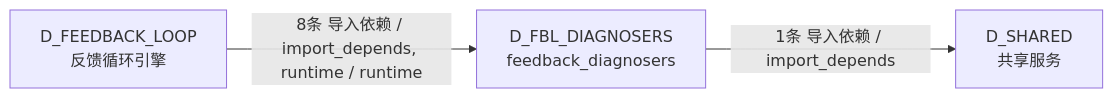
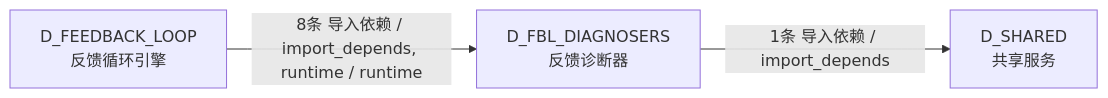
One commit to xuanFelixVan/ZephyrAlpha changed the sixth of 6 diagrams in docs/02_enterprise_architecture/02_domain_architecture_docs/12_d_fbl_diagnosers.md. Above: the diagram before and after it, drawn with Mermaid. The commit also changed other lines of this file and 112 other files, not shown here.

````diff
--- a/docs/02_enterprise_architecture/02_domain_architecture_docs/12_d_fbl_diagnosers.md
+++ b/docs/02_enterprise_architecture/02_domain_architecture_docs/12_d_fbl_diagnosers.md
@@ -428,8 +428,8 @@
 ```mermaid
 graph LR
-    D_FBL_DIAGNOSERS["D_FBL_DIAGNOSERS<br/>feedback_diagnosers"]
+    D_FBL_DIAGNOSERS["D_FBL_DIAGNOSERS<br/>反馈诊断器"]
     D_SHARED["D_SHARED<br/>共享服务"]
     D_FEEDBACK_LOOP["D_FEEDBACK_LOOP<br/>反馈循环引擎"]
     D_FBL_DIAGNOSERS -->|1条 导入依赖 / import_depends| D_SHARED
     D_FEEDBACK_LOOP -->|8条 导入依赖 / import_depends, runtime / runtime| D_FBL_DIAGNOSERS
 ```
````
